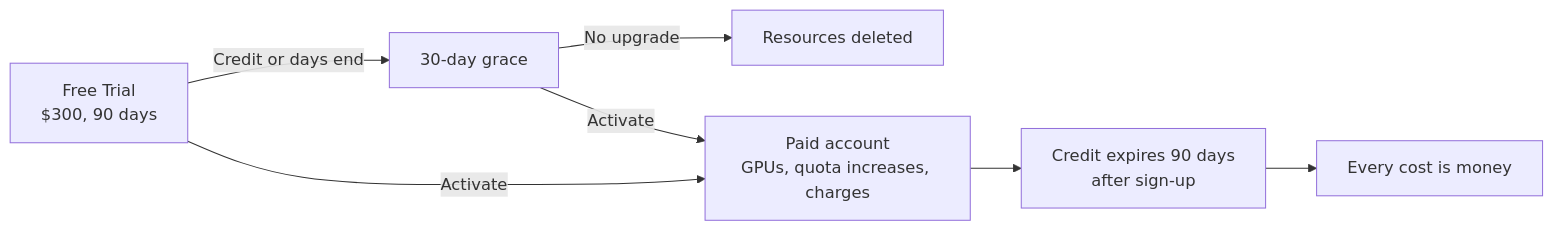
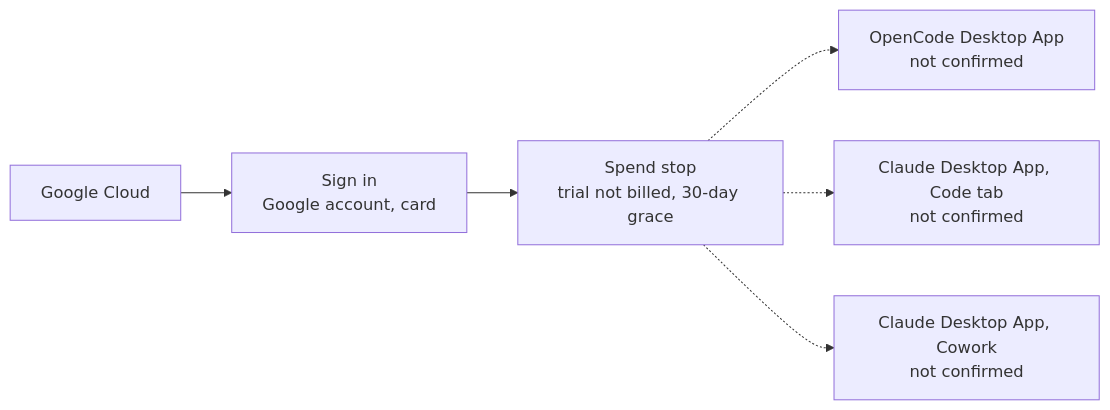
The diagram in guides/google-cloud.md (SoulCraft-Org/compute-crafter), drawn with Mermaid before and after one commit. The commit also changed other lines of this file and 14 other files, not shown here.

First line of the commit message:
🎨 Guides batch 3: visual first, two desktop apps (RunPod, AMD, Google Cloud, ComfyUI, local models) (#199)

````diff
--- a/guides/google-cloud.md
+++ b/guides/google-cloud.md
@@ -9,9 +5,7 @@
 ```mermaid
 flowchart LR
-  T[Free Trial<br/>$300, 90 days] -->|Credit or days end| G[30-day grace]
-  G -->|No upgrade| X[Resources deleted]
-  T -->|Activate| P[Paid account<br/>GPUs, quota increases, charges]
-  G -->|Activate| P
-  P --> E[Credit expires 90 days<br/>after sign-up]
-  E --> M[Every cost is money]
+  P[Google Cloud] --> S[Sign in<br/>Google account, card] --> G[Spend stop<br/>trial not billed, 30-day grace]
+  G -.-> O[OpenCode Desktop App<br/>not confirmed]
+  G -.-> C[Claude Desktop App, Code tab<br/>not confirmed]
+  G -.-> W[Claude Desktop App, Cowork<br/>not confirmed]
 ```
````
